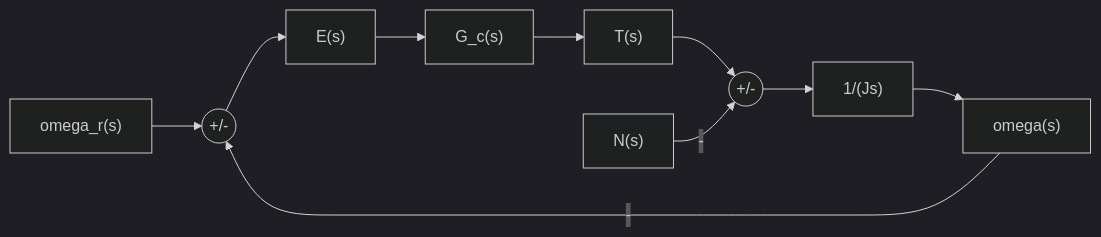
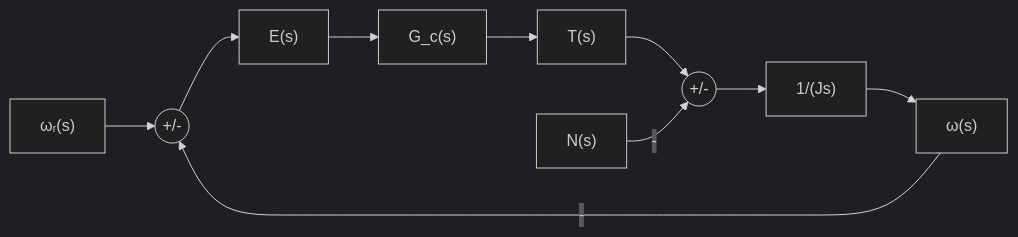
One commit to Cateds/Dynamics-Control.md changed the diagram in src/content/docs/tutorials/p1.tutorial.2.md. Above: the diagram before and after it, drawn with Mermaid (dark theme). The commit also changed 73 other files, not shown here.

````diff
--- a/src/content/docs/tutorials/p1.tutorial.2.md
+++ b/src/content/docs/tutorials/p1.tutorial.2.md
@@ -353,12 +353,12 @@
 ```mermaid
 flowchart LR
-  Wr["omega_r(s)"] --> S1(("+/-"))
-  W["omega(s)"] -->|"-"| S1
+  Wr["ωᵣ(s)"] --> S1(("+/-"))
+  W["ω(s)"] -->|"-"| S1
   S1 --> E["E(s)"]
   E --> Gc["G_c(s)"]
   Gc --> T["T(s)"]
   T --> S2(("+/-"))
   N["N(s)"] -->|"-"| S2
   S2 --> Plant["1/(Js)"]
   Plant --> W
 ```
````
